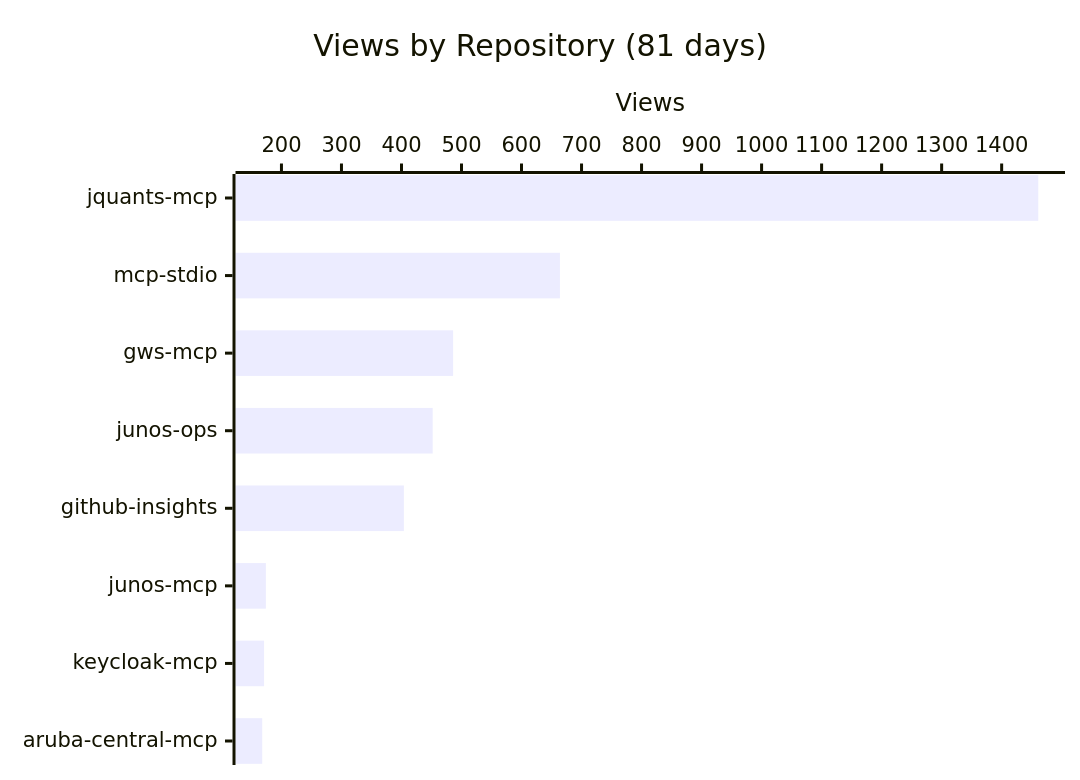
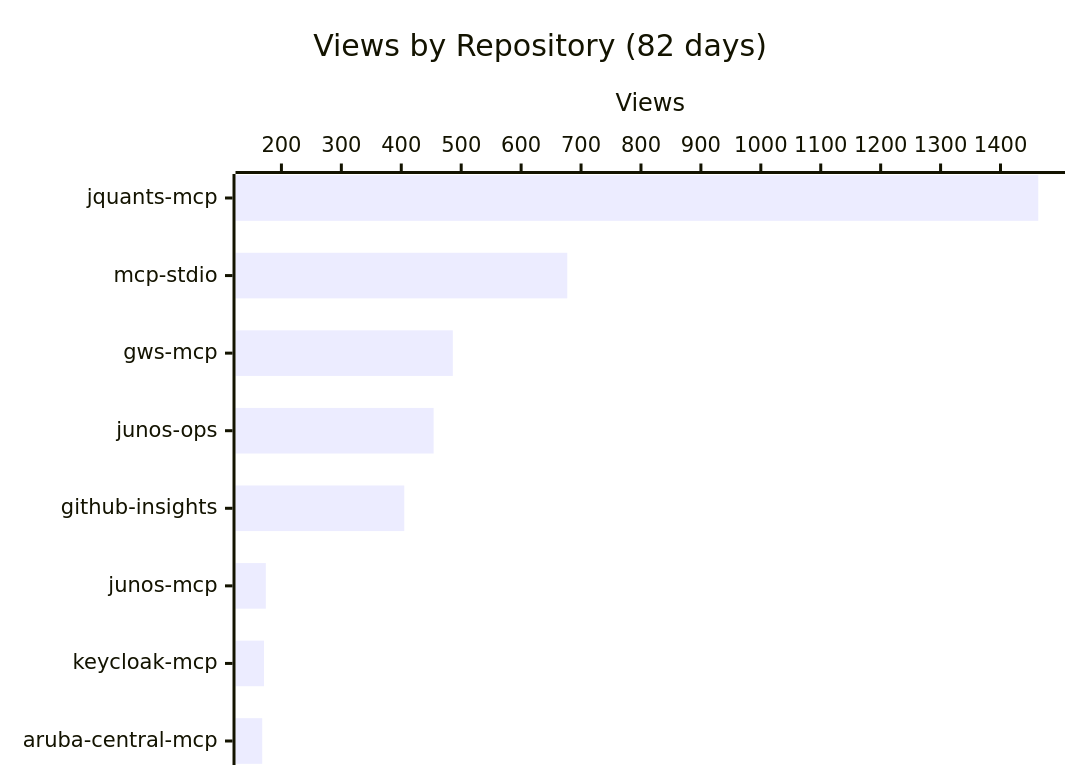
The first of 3 diagrams in README.md (shigechika/github-insights), drawn with Mermaid before and after one commit. The commit also changed other lines of this file and 2 other files, not shown here.

````diff
--- a/README.md
+++ b/README.md
@@ -18,7 +18,7 @@
 ```mermaid
 xychart-beta horizontal
-    title "Views by Repository (81 days)"
+    title "Views by Repository (82 days)"
     x-axis ["jquants-mcp", "mcp-stdio", "gws-mcp", "junos-ops", "github-insights", "junos-mcp", "keycloak-mcp", "aruba-central-mcp"]
     y-axis "Views"
-    bar [1461, 664, 486, 452, 404, 174, 171, 168]
+    bar [1463, 677, 486, 454, 405, 174, 171, 168]
 ```
````
